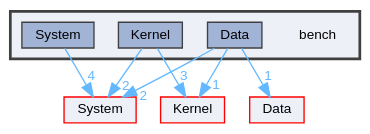
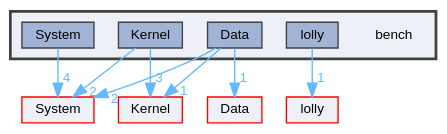
The diagram in dir_a36c4719283424f51e58ca3678e5dea3_dep.dot (XmacsLabs/lolly), drawn with Graphviz before and after one commit. The commit also changed 1074 other files, not shown here.

```diff
--- a/dir_a36c4719283424f51e58ca3678e5dea3_dep.dot
+++ b/dir_a36c4719283424f51e58ca3678e5dea3_dep.dot
@@ -1,24 +1,27 @@
 digraph "bench"
 {
  // LATEX_PDF_SIZE
   bgcolor="transparent";
   edge [fontname=Helvetica,fontsize=10,labelfontname=Helvetica,labelfontsize=10];
   node [fontname=Helvetica,fontsize=10,shape=box,height=0.2,width=0.4];
   compound=true
   subgraph clusterdir_a36c4719283424f51e58ca3678e5dea3 {
     graph [ bgcolor="#edf0f7", pencolor="grey25", label="", fontname=Helvetica,fontsize=10 style="filled,bold", URL="dir_a36c4719283424f51e58ca3678e5dea3.html",tooltip=""]
     dir_a36c4719283424f51e58ca3678e5dea3 [shape=plaintext, label="bench"];
   dir_b2fed0cffb5a79e3ac742ba014104b76 [label="Data", fillcolor="#a2b4d6", color="grey25", style="filled", URL="dir_b2fed0cffb5a79e3ac742ba014104b76.html",tooltip=""];
   dir_3ae5f6a74357e0c9a169e197532c90ac [label="Kernel", fillcolor="#a2b4d6", color="grey25", style="filled", URL="dir_3ae5f6a74357e0c9a169e197532c90ac.html",tooltip=""];
+  dir_0dee124f639ebcba07c1f7e8473551cb [label="lolly", fillcolor="#a2b4d6", color="grey25", style="filled", URL="dir_0dee124f639ebcba07c1f7e8473551cb.html",tooltip=""];
   dir_fd8333900df114f2d67d72d6ccc45127 [label="System", fillcolor="#a2b4d6", color="grey25", style="filled", URL="dir_fd8333900df114f2d67d72d6ccc45127.html",tooltip=""];
   }
   dir_9af51e3826d4f9e80d9103b2de543e84 [label="System", fillcolor="#edf0f7", color="red", style="filled", URL="dir_9af51e3826d4f9e80d9103b2de543e84.html",tooltip=""];
   dir_52bed8acfaac088d5968cb2c84d7645d [label="Kernel", fillcolor="#edf0f7", color="red", style="filled", URL="dir_52bed8acfaac088d5968cb2c84d7645d.html",tooltip=""];
+  dir_4e4e38b7a3cbd015b31043c806009c51 [label="lolly", fillcolor="#edf0f7", color="red", style="filled", URL="dir_4e4e38b7a3cbd015b31043c806009c51.html",tooltip=""];
   dir_e3d743d0ec9b4013b28b5d69101bc7fb [label="Data", fillcolor="#edf0f7", color="red", style="filled", URL="dir_e3d743d0ec9b4013b28b5d69101bc7fb.html",tooltip=""];
-  dir_b2fed0cffb5a79e3ac742ba014104b76->dir_e3d743d0ec9b4013b28b5d69101bc7fb [headlabel="1", labeldistance=1.5 headhref="dir_000010_000011.html" href="dir_000010_000011.html" color="steelblue1" fontcolor="steelblue1"];
-  dir_b2fed0cffb5a79e3ac742ba014104b76->dir_9af51e3826d4f9e80d9103b2de543e84 [headlabel="2", labeldistance=1.5 headhref="dir_000010_000048.html" href="dir_000010_000048.html" color="steelblue1" fontcolor="steelblue1"];
-  dir_b2fed0cffb5a79e3ac742ba014104b76->dir_52bed8acfaac088d5968cb2c84d7645d [headlabel="1", labeldistance=1.5 headhref="dir_000010_000030.html" href="dir_000010_000030.html" color="steelblue1" fontcolor="steelblue1"];
-  dir_3ae5f6a74357e0c9a169e197532c90ac->dir_52bed8acfaac088d5968cb2c84d7645d [headlabel="3", labeldistance=1.5 headhref="dir_000029_000030.html" href="dir_000029_000030.html" color="steelblue1" fontcolor="steelblue1"];
-  dir_3ae5f6a74357e0c9a169e197532c90ac->dir_9af51e3826d4f9e80d9103b2de543e84 [headlabel="2", labeldistance=1.5 headhref="dir_000029_000048.html" href="dir_000029_000048.html" color="steelblue1" fontcolor="steelblue1"];
-  dir_fd8333900df114f2d67d72d6ccc45127->dir_9af51e3826d4f9e80d9103b2de543e84 [headlabel="4", labeldistance=1.5 headhref="dir_000046_000048.html" href="dir_000046_000048.html" color="steelblue1" fontcolor="steelblue1"];
+  dir_b2fed0cffb5a79e3ac742ba014104b76->dir_e3d743d0ec9b4013b28b5d69101bc7fb [headlabel="1", labeldistance=1.5 headhref="dir_000010_000012.html" href="dir_000010_000012.html" color="steelblue1" fontcolor="steelblue1"];
+  dir_b2fed0cffb5a79e3ac742ba014104b76->dir_9af51e3826d4f9e80d9103b2de543e84 [headlabel="2", labeldistance=1.5 headhref="dir_000010_000050.html" href="dir_000010_000050.html" color="steelblue1" fontcolor="steelblue1"];
+  dir_b2fed0cffb5a79e3ac742ba014104b76->dir_52bed8acfaac088d5968cb2c84d7645d [headlabel="1", labeldistance=1.5 headhref="dir_000010_000031.html" href="dir_000010_000031.html" color="steelblue1" fontcolor="steelblue1"];
+  dir_3ae5f6a74357e0c9a169e197532c90ac->dir_52bed8acfaac088d5968cb2c84d7645d [headlabel="3", labeldistance=1.5 headhref="dir_000030_000031.html" href="dir_000030_000031.html" color="steelblue1" fontcolor="steelblue1"];
+  dir_3ae5f6a74357e0c9a169e197532c90ac->dir_9af51e3826d4f9e80d9103b2de543e84 [headlabel="2", labeldistance=1.5 headhref="dir_000030_000050.html" href="dir_000030_000050.html" color="steelblue1" fontcolor="steelblue1"];
+  dir_0dee124f639ebcba07c1f7e8473551cb->dir_4e4e38b7a3cbd015b31043c806009c51 [headlabel="1", labeldistance=1.5 headhref="dir_000034_000035.html" href="dir_000034_000035.html" color="steelblue1" fontcolor="steelblue1"];
+  dir_fd8333900df114f2d67d72d6ccc45127->dir_9af51e3826d4f9e80d9103b2de543e84 [headlabel="4", labeldistance=1.5 headhref="dir_000048_000050.html" href="dir_000048_000050.html" color="steelblue1" fontcolor="steelblue1"];
 }
```
